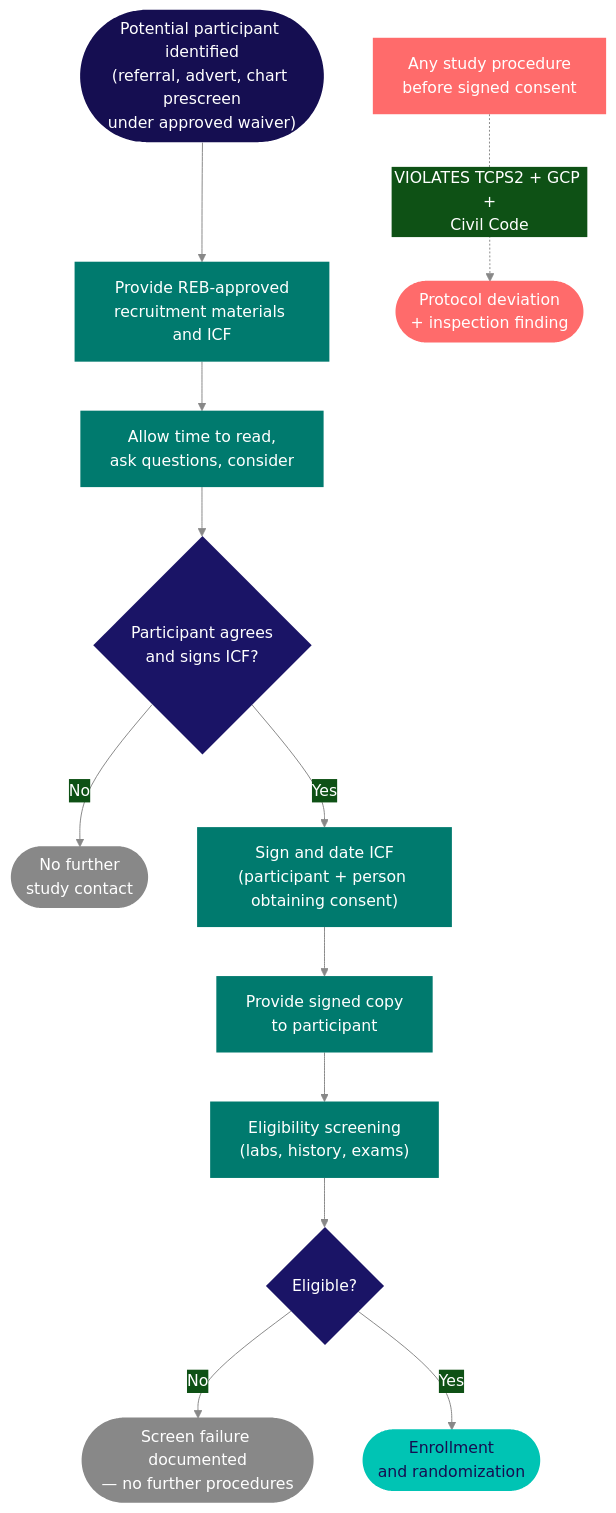
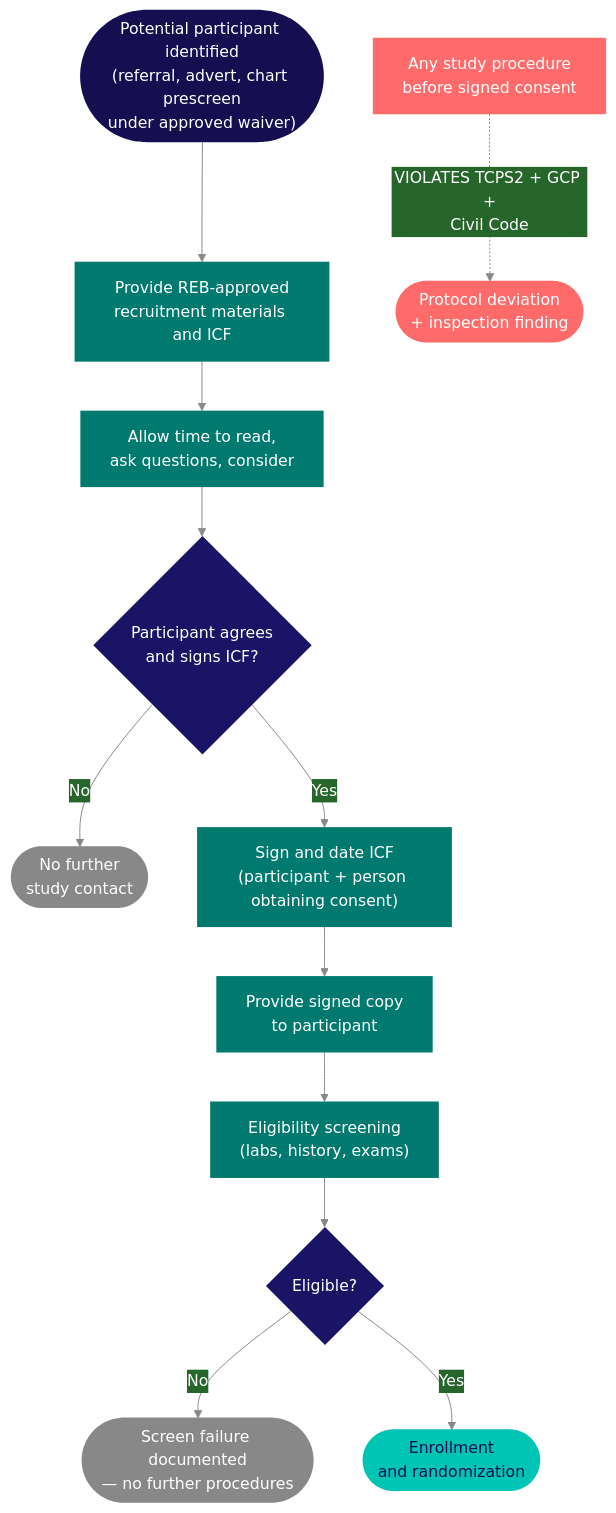
The first of 2 diagrams in kb/consent.mdx (matthewfiorentino/docs), drawn with Mermaid before and after one commit. The commit also changed 13 other files, not shown here.

First line of the commit message:
Align Mermaid and Learning Lab to new colour tokens

````diff
--- a/kb/consent.mdx
+++ b/kb/consent.mdx
@@ -14,30 +14,30 @@
 ```mermaid
-%%{init: {'theme':'base','themeVariables':{'primaryColor':'#150e51','primaryTextColor':'#ffffff','primaryBorderColor':'#150e51','lineColor':'#888','fontFamily':'system-ui,sans-serif'}}}%%
+%%{init: {'theme':'base','themeVariables':{'primaryColor':'#2b2666','primaryTextColor':'#ffffff','primaryBorderColor':'#2b2666','lineColor':'#888','fontFamily':'system-ui,sans-serif'}}}%%
 flowchart TD
     A(["Potential participant identified<br/>(referral, advert, chart prescreen<br/>under approved waiver)"]) --> B["Provide REB-approved<br/>recruitment materials and ICF"]
     B --> C["Allow time to read,<br/>ask questions, consider"]
     C --> D{"Participant agrees<br/>and signs ICF?"}
     D -->|"No"| X(["No further<br/>study contact"])
     D -->|"Yes"| E["Sign and date ICF<br/>(participant + person obtaining consent)"]
     E --> F["Provide signed copy<br/>to participant"]
     F --> G["Eligibility screening<br/>(labs, history, exams)"]
     G --> H{"Eligible?"}
     H -->|"No"| Y(["Screen failure documented<br/>— no further procedures"])
     H -->|"Yes"| I(["Enrollment<br/>and randomization"])
 
     Z["Any study procedure<br/>before signed consent"]:::warn -.->|"VIOLATES TCPS2 + GCP +<br/>Civil Code"| RED([" Protocol deviation<br/>+ inspection finding"]):::warn
 
     classDef warn fill:#ff6b6b,color:#fff,stroke:none
 
     style A fill:#150e51,color:#fff,stroke:none
     style B fill:#007a6e,color:#fff,stroke:none
     style C fill:#007a6e,color:#fff,stroke:none
     style D fill:#1a1466,color:#fff,stroke:none
     style E fill:#007a6e,color:#fff,stroke:none
     style F fill:#007a6e,color:#fff,stroke:none
     style G fill:#007a6e,color:#fff,stroke:none
     style H fill:#1a1466,color:#fff,stroke:none
     style I fill:#00c4b4,color:#150e51,stroke:none
     style X fill:#888,color:#fff,stroke:none
     style Y fill:#888,color:#fff,stroke:none
 ```
````
